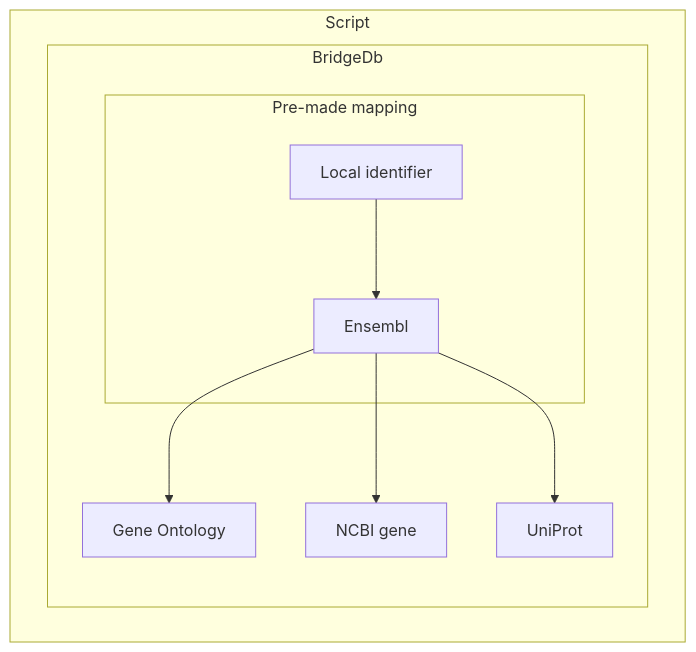
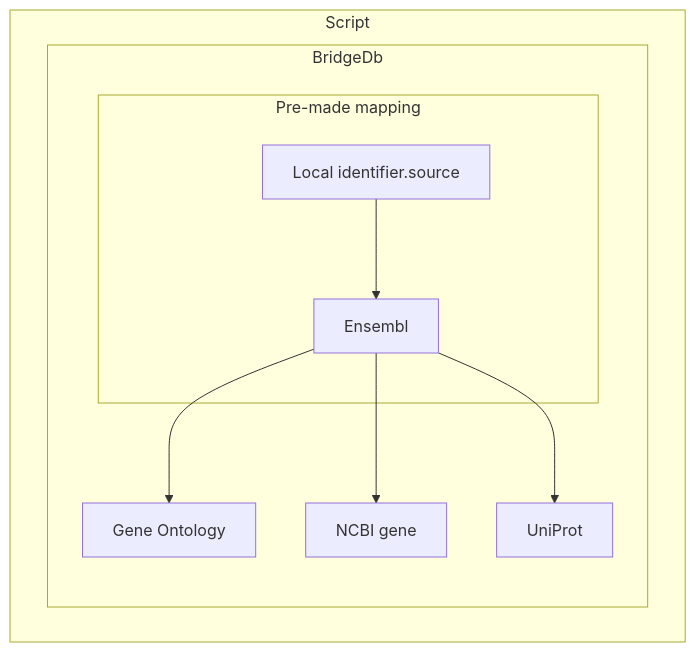
The second of 3 diagrams in docs/content/recipes/interoperability/bridgedb-recipe.md (FAIRplus/the-fair-cookbook), drawn with Mermaid before and after one commit. The commit also changed other lines of this file, not shown here.

````diff
--- a/docs/content/recipes/interoperability/bridgedb-recipe.md
+++ b/docs/content/recipes/interoperability/bridgedb-recipe.md
@@ -252,14 +344,14 @@
 ```mermaid
     graph TB 
       subgraph Script
 
           subgraph BridgeDb
               B[Affy]-->E[Gene Ontology]
               B[Affy]-->F[NCBI gene]
               B[Affy] --> H[UniProt]
           subgraph Pre-made mapping
-            A[Local identifier]-->B[Ensembl]
+            A[Local identifier.source]-->B[Ensembl]
           end
           end
         end
 ```
````
